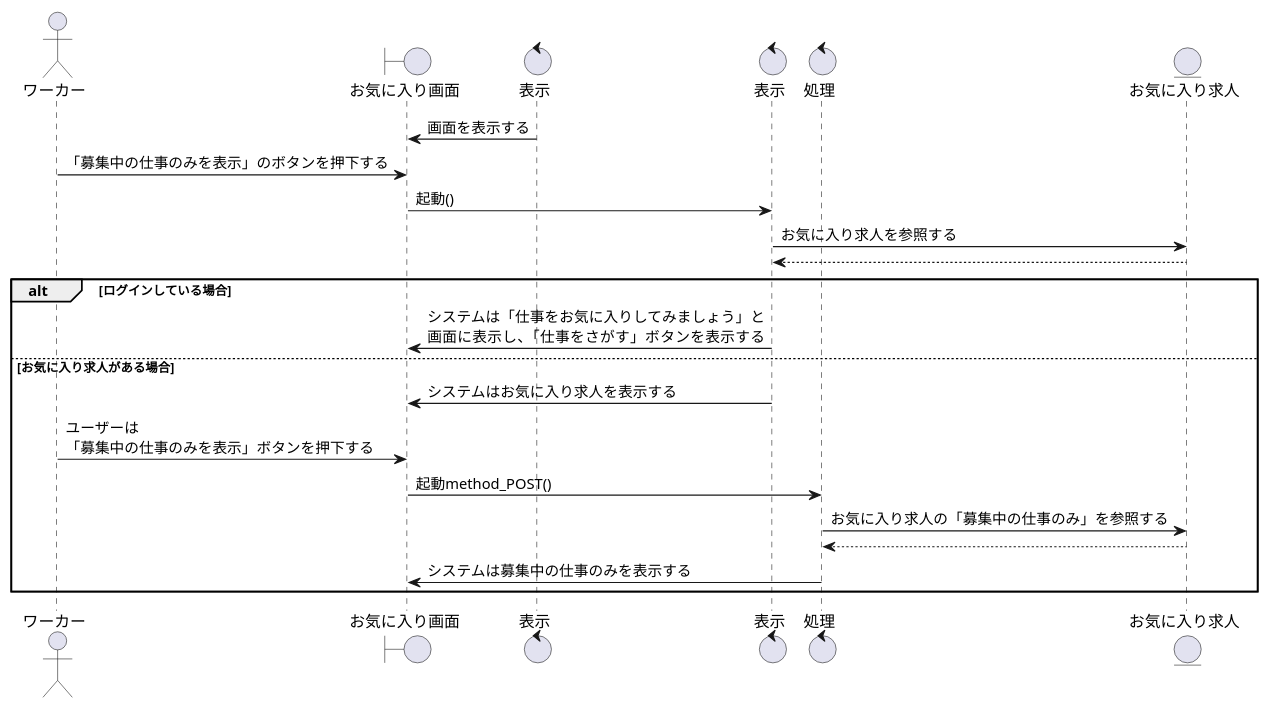
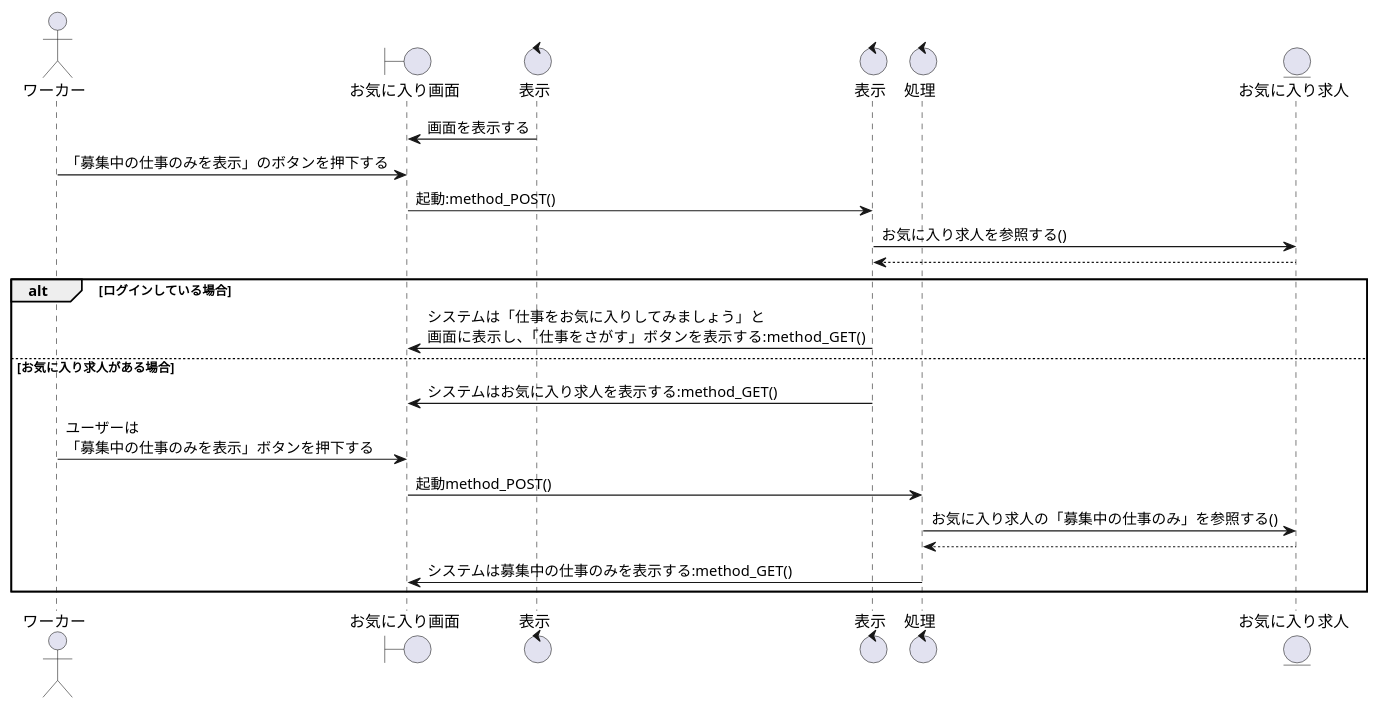
One commit to irukacb256/high_Me changed the diagram in sequence_fig/3_favorite_fn/2_お気に入り求人の絞り込みをする.pu. Above: the diagram before and after it, drawn with PlantUML. The commit also changed 21 other files, not shown here.

```diff
--- a/sequence_fig/3_favorite_fn/2_お気に入り求人の絞り込みをする.pu
+++ b/sequence_fig/3_favorite_fn/2_お気に入り求人の絞り込みをする.pu
@@ -1,35 +1,35 @@
 @startuml お気に入り求人の絞り込みをする
 
 ' 1
 actor ワーカー as wo1
 boundary お気に入り画面 as fv1
 control 表示 as co1
 control 表示 as co2
 
 control 処理 as co3
 
 entity お気に入り求人 as fa1
 
 ' 2
 fv1 <- co1 :画面を表示する
 wo1 -> fv1 :「募集中の仕事のみを表示」のボタンを押下する
-fv1 -> co2 :起動()
-co2 -> fa1 : お気に入り求人を参照する
+fv1 -> co2 : 起動:method_POST()
+co2 -> fa1 : お気に入り求人を参照する()
 co2 <-- fa1
 
 
 
     alt ログインしている場合
-        co2 -> fv1 : システムは「仕事をお気に入りしてみましょう」と\n画面に表示し、「仕事をさがす」ボタンを表示する
+        co2 -> fv1 : システムは「仕事をお気に入りしてみましょう」と\n画面に表示し、「仕事をさがす」ボタンを表示する:method_GET()
 
     else お気に入り求人がある場合
-        co2 -> fv1 : システムはお気に入り求人を表示する
+        co2 -> fv1 : システムはお気に入り求人を表示する:method_GET()
         wo1 -> fv1 : ユーザーは\n「募集中の仕事のみを表示」ボタンを押下する
         fv1 -> co3 : 起動method_POST()
-        co3 -> fa1 : お気に入り求人の「募集中の仕事のみ」を参照する
+        co3 -> fa1 : お気に入り求人の「募集中の仕事のみ」を参照する()
         co3 <-- fa1
-        co3 -> fv1 : システムは募集中の仕事のみを表示する
+        co3 -> fv1 : システムは募集中の仕事のみを表示する:method_GET()
 
 end
 
 @enduml
```
